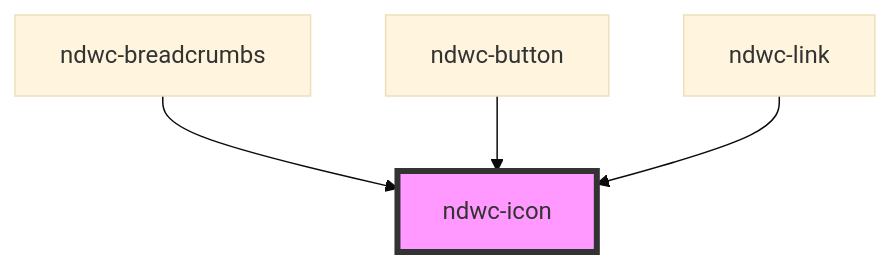
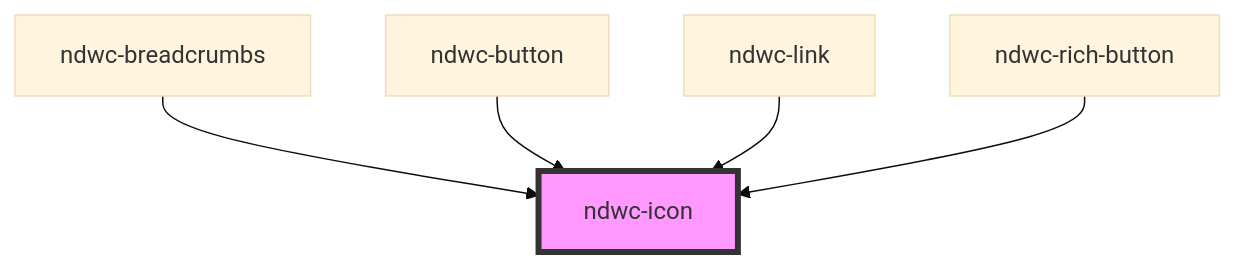
One commit to wes337/ndw-components changed the diagram in src/components/icon/readme.md. Above: the diagram before and after it, drawn with Mermaid (base theme). The commit also changed other lines of this file and 16 other files, not shown here.

Commit message:
create rich button component

````diff
--- a/src/components/icon/readme.md
+++ b/src/components/icon/readme.md
@@ -24,7 +25,8 @@
 ```mermaid
 graph TD;
   ndwc-breadcrumbs --> ndwc-icon
   ndwc-button --> ndwc-icon
   ndwc-link --> ndwc-icon
+  ndwc-rich-button --> ndwc-icon
   style ndwc-icon fill:#f9f,stroke:#333,stroke-width:4px
 ```
````
